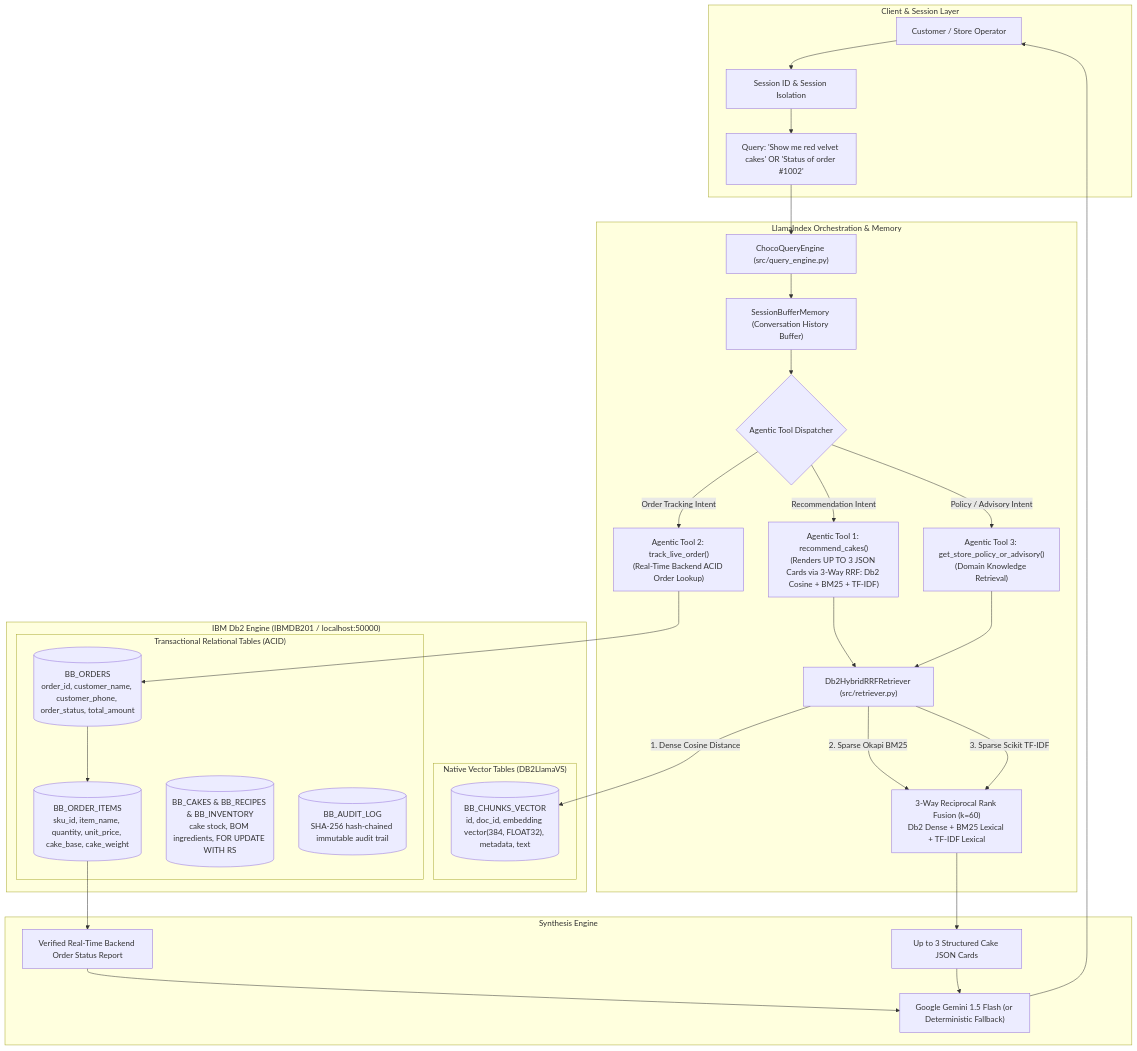
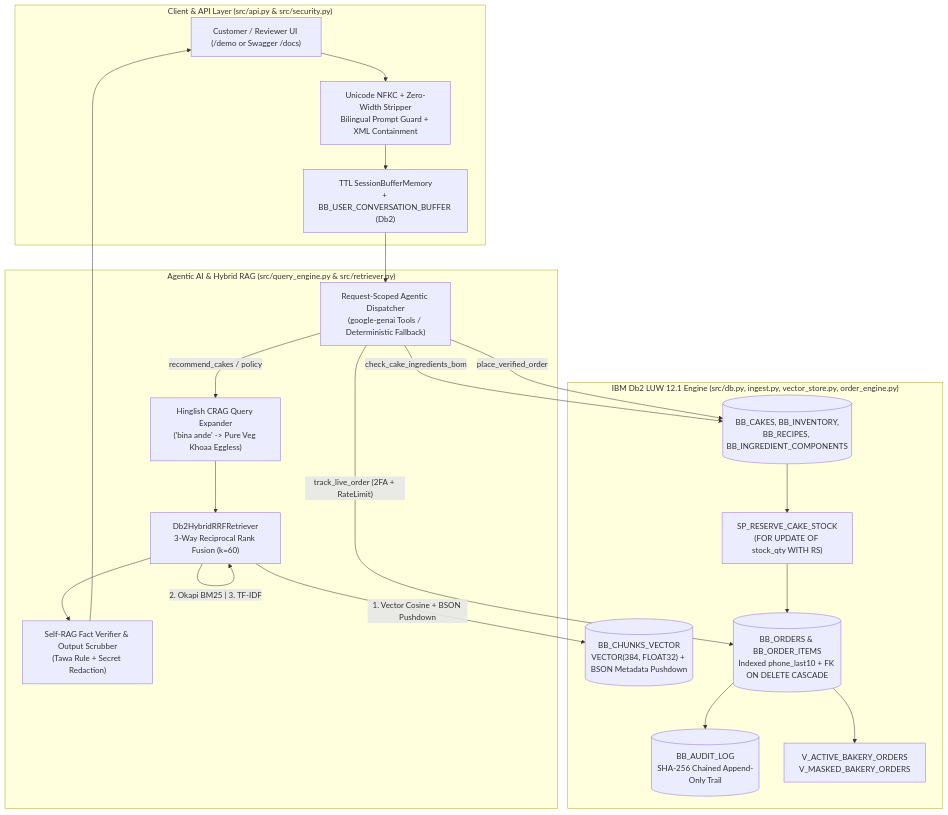
The first of 2 diagrams in submissions/bakebox-choco-ai/architecture.md (AYUSHDHANGAR/IBM_Db2_TechX_Project_Submission), drawn with Mermaid before and after one commit. The commit also changed other lines of this file and 25 other files, not shown here.

Commit message:
feat(bakebox-choco-ai): wire end-to-end Db2 ACID/BOM/audit pipeline, BSON pushdown, CRAG+Self-RAG, /demo UI, and 72 tests

````diff
--- a/submissions/bakebox-choco-ai/architecture.md
+++ b/submissions/bakebox-choco-ai/architecture.md
@@ -39,63 +29,37 @@
 ```mermaid
 flowchart TD
-    subgraph Client ["Client & Session Layer"]
-        User["Customer / Store Operator"]
-        Session["Session ID & Session Isolation"]
-        Query["Query: 'Show me red velvet cakes' OR 'Status of order #1002'"]
+    subgraph Client ["Client & API Layer (src/api.py & src/security.py)"]
+        User["Customer / Reviewer UI (/demo or Swagger /docs)"]
+        Guard["Unicode NFKC + Zero-Width Stripper\nBilingual Prompt Guard + XML Containment"]
+        Session["TTL SessionBufferMemory\n+ BB_USER_CONVERSATION_BUFFER (Db2)"]
     end
 
-    subgraph Orchestration ["LlamaIndex Orchestration & Memory"]
-        Engine["ChocoQueryEngine (src/query_engine.py)"]
-        BufferMem["SessionBufferMemory (Conversation History Buffer)"]
-        Dispatcher{"Agentic Tool Dispatcher"}
-        
-        ToolRec["Agentic Tool 1: recommend_cakes()\n(Renders UP TO 3 JSON Cards via 3-Way RRF: Db2 Cosine + BM25 + TF-IDF)"]
-        ToolOrder["Agentic Tool 2: track_live_order()\n(Real-Time Backend ACID Order Lookup)"]
-        ToolPolicy["Agentic Tool 3: get_store_policy_or_advisory()\n(Domain Knowledge Retrieval)"]
-        
-        HybridRetriever["Db2HybridRRFRetriever (src/retriever.py)"]
-        RRF["3-Way Reciprocal Rank Fusion (k=60)\nDb2 Dense + BM25 Lexical + TF-IDF Lexical"]
+    subgraph AI_Layer ["Agentic AI & Hybrid RAG (src/query_engine.py & src/retriever.py)"]
+        CRAG["Hinglish CRAG Query Expander\n('bina ande' -> Pure Veg Khoaa Eggless)"]
+        Dispatcher["Request-Scoped Agentic Dispatcher\n(google-genai Tools / Deterministic Fallback)"]
+        Hybrid["Db2HybridRRFRetriever\n3-Way Reciprocal Rank Fusion (k=60)"]
+        SelfRAG["Self-RAG Fact Verifier & Output Scrubber\n(Tawa Rule + Secret Redaction)"]
     end
 
-    subgraph IBM_Db2 ["IBM Db2 Engine (IBMDB201 / localhost:50000)"]
-        subgraph VectorStore ["Native Vector Tables (DB2LlamaVS)"]
-            BB_VECTORS[("BB_CHUNKS_VECTOR\nid, doc_id, embedding vector(384, FLOAT32), metadata, text")]
-        end
-        subgraph RelationalStore ["Transactional Relational Tables (ACID)"]
-            BB_ORDERS[("BB_ORDERS\norder_id, customer_name, customer_phone, order_status, total_amount")]
-            BB_ORDER_ITEMS[("BB_ORDER_ITEMS\nsku_id, item_name, quantity, unit_price, cake_base, cake_weight")]
-            BB_CAKES[("BB_CAKES & BB_RECIPES & BB_INVENTORY\ncake stock, BOM ingredients, FOR UPDATE WITH RS")]
-            BB_AUDIT[("BB_AUDIT_LOG\nSHA-256 hash-chained immutable audit trail")]
-        end
+    subgraph IBM_Db2 ["IBM Db2 LUW 12.1 Engine (src/db.py, ingest.py, vector_store.py, order_engine.py)"]
+        VectorStore[("BB_CHUNKS_VECTOR\nVECTOR(384, FLOAT32) + BSON Metadata Pushdown")]
+        Orders[("BB_ORDERS & BB_ORDER_ITEMS\nIndexed phone_last10 + FK ON DELETE CASCADE")]
+        Catalog[("BB_CAKES, BB_INVENTORY,\nBB_RECIPES, BB_INGREDIENT_COMPONENTS")]
+        Audit[("BB_AUDIT_LOG\nSHA-256 Chained Append-Only Trail")]
+        Views["V_ACTIVE_BAKERY_ORDERS\nV_MASKED_BAKERY_ORDERS"]
+        SP["SP_RESERVE_CAKE_STOCK\n(FOR UPDATE OF stock_qty WITH RS)"]
     end
 
-    subgraph Generation ["Synthesis Engine"]
-        LLM["Google Gemini 1.5 Flash (or Deterministic Fallback)"]
-        Cards["Up to 3 Structured Cake JSON Cards"]
-        OrderReport["Verified Real-Time Backend Order Status Report"]
-    end
+    User --> Guard --> Session --> Dispatcher
+    Dispatcher -- "recommend_cakes / policy" --> CRAG --> Hybrid
+    Hybrid -- "1. Vector Cosine + BSON Pushdown" --> VectorStore
+    Hybrid -- "2. Okapi BM25 | 3. TF-IDF" --> Hybrid
+    Hybrid --> SelfRAG
 
-    User --> Session --> Query
-    Query --> Engine
-    Engine --> BufferMem
-    BufferMem --> Dispatcher
-    
-    Dispatcher -- "Order Tracking Intent" --> ToolOrder
-    ToolOrder --> BB_ORDERS
-    BB_ORDERS --> BB_ORDER_ITEMS
-    BB_ORDER_ITEMS --> OrderReport
-
-    Dispatcher -- "Recommendation Intent" --> ToolRec
-    ToolRec --> HybridRetriever
-    HybridRetriever -- "1. Dense Cosine Distance" --> BB_VECTORS
-    HybridRetriever -- "2. Sparse Okapi BM25" --> RRF
-    HybridRetriever -- "3. Sparse Scikit TF-IDF" --> RRF
-    RRF --> Cards
-
-    Dispatcher -- "Policy / Advisory Intent" --> ToolPolicy
-    ToolPolicy --> HybridRetriever
-
-    Cards --> LLM
-    OrderReport --> LLM
-    LLM --> User
+    Dispatcher -- "check_cake_ingredients_bom" --> Catalog
+    Dispatcher -- "place_verified_order" --> Catalog
+    Catalog --> SP --> Orders --> Audit
+    Dispatcher -- "track_live_order (2FA + RateLimit)" --> Orders
+    Orders --> Views
+    SelfRAG --> User
 ```
````
